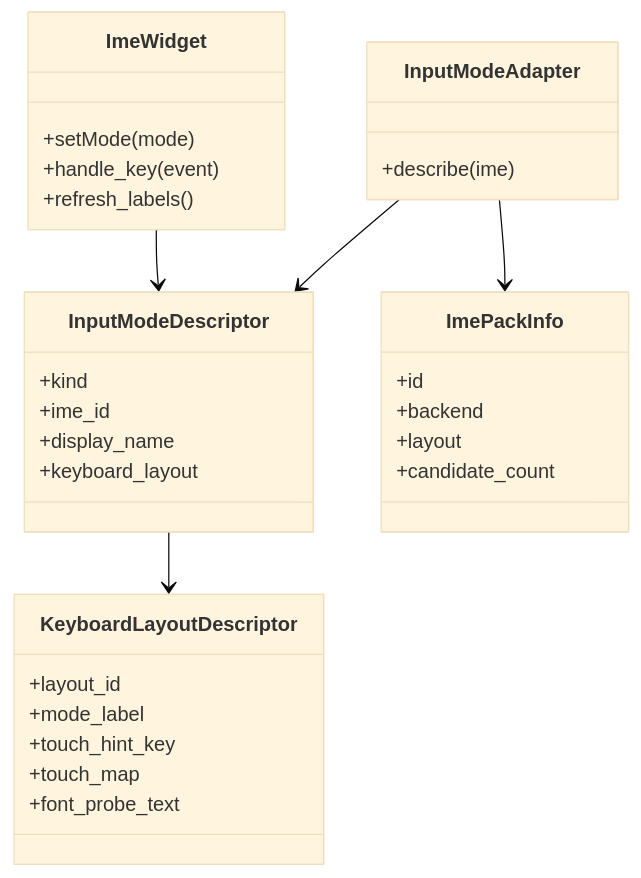
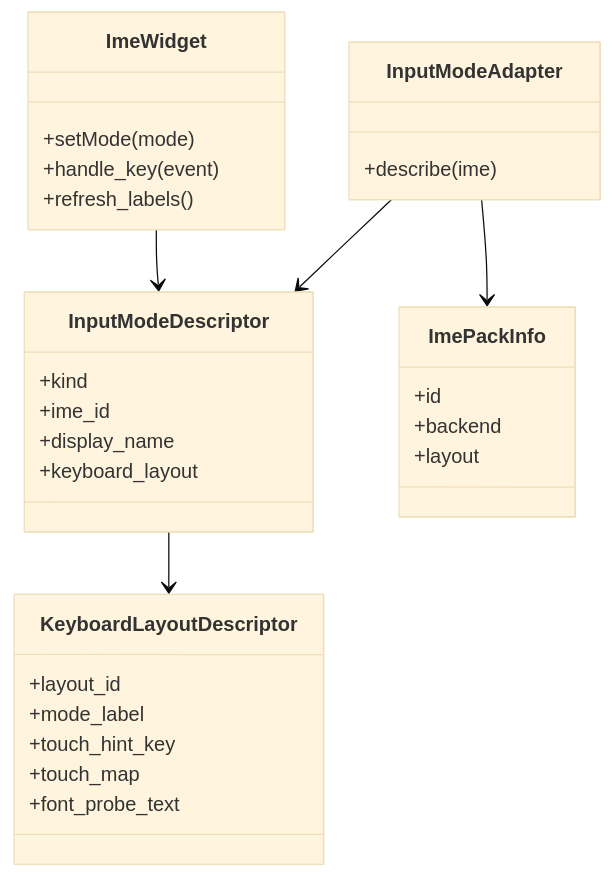
One commit to DinaTzi/trail-mate changed the first of 3 diagrams in docs/specification/LOCALIZATION_SPEC.md. Above: the diagram before and after it, drawn with Mermaid (base theme). The commit also changed other lines of this file and 32 other files, not shown here.

````diff
--- a/docs/specification/LOCALIZATION_SPEC.md
+++ b/docs/specification/LOCALIZATION_SPEC.md
@@ -201,39 +201,38 @@
 ```mermaid
 classDiagram
   class ImeWidget {
     +setMode(mode)
     +handle_key(event)
     +refresh_labels()
   }
 
   class InputModeDescriptor {
     +kind
     +ime_id
     +display_name
     +keyboard_layout
   }
 
   class KeyboardLayoutDescriptor {
     +layout_id
     +mode_label
     +touch_hint_key
     +touch_map
     +font_probe_text
   }
 
   class ImePackInfo {
     +id
     +backend
     +layout
-    +candidate_count
   }
 
   class InputModeAdapter {
     +describe(ime)
   }
 
   ImeWidget --> InputModeDescriptor
   InputModeDescriptor --> KeyboardLayoutDescriptor
   InputModeAdapter --> ImePackInfo
   InputModeAdapter --> InputModeDescriptor
 ```
````
